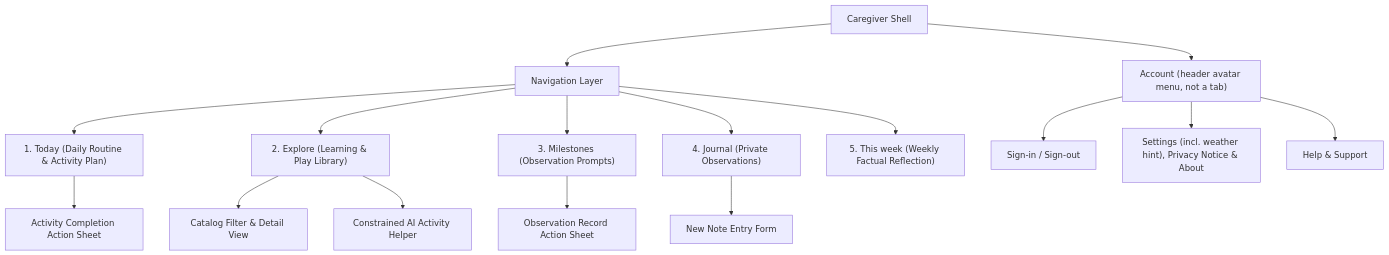
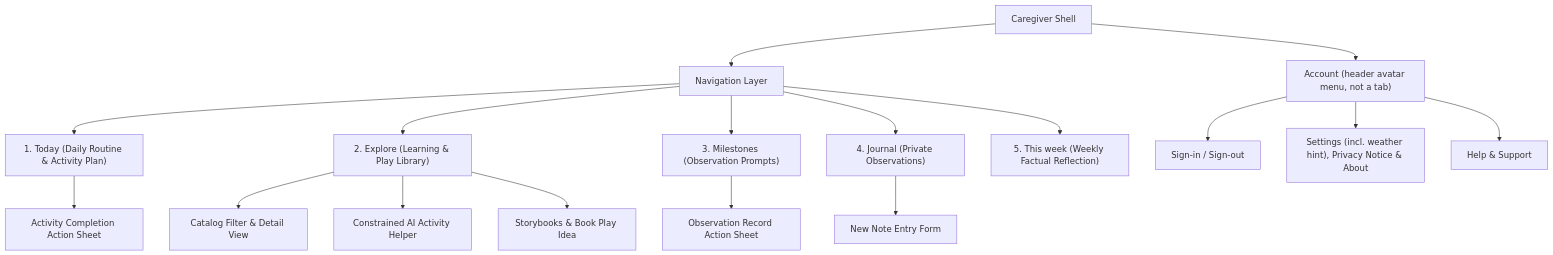
One commit to Thesis-Titans/littlesteps-docs changed the third of 3 diagrams in docs/ui-ux-design-specification.md. Above: the diagram before and after it, drawn with Mermaid. The commit also changed other lines of this file and 3 other files, not shown here.

First line of the commit message:
docs: align specs for storybooks and the book play-idea flow (#63)

````diff
--- a/docs/ui-ux-design-specification.md
+++ b/docs/ui-ux-design-specification.md
@@ -153,19 +154,20 @@
 ```mermaid
 graph TD
     Root["Caregiver Shell"] --> Nav["Navigation Layer"]
     Nav --> D1["1. Today (Daily Routine & Activity Plan)"]
     Nav --> D2["2. Explore (Learning & Play Library)"]
     Nav --> D3["3. Milestones (Observation Prompts)"]
     Nav --> D4["4. Journal (Private Observations)"]
     Nav --> D5["5. This week (Weekly Factual Reflection)"]
     
     D1 --> Mod1["Activity Completion Action Sheet"]
     D2 --> Mod2["Catalog Filter & Detail View"]
     D2 --> Mod3["Constrained AI Activity Helper"]
+    D2 --> Mod6["Storybooks & Book Play Idea"]
     D3 --> Mod4["Observation Record Action Sheet"]
     D4 --> Mod5["New Note Entry Form"]
     Root --> Acct["Account (header avatar menu, not a tab)"]
     Acct --> A1["Sign-in / Sign-out"]
     Acct --> A2["Settings (incl. weather hint), Privacy Notice & About"]
     Acct --> A3["Help & Support"]
 ```
````
